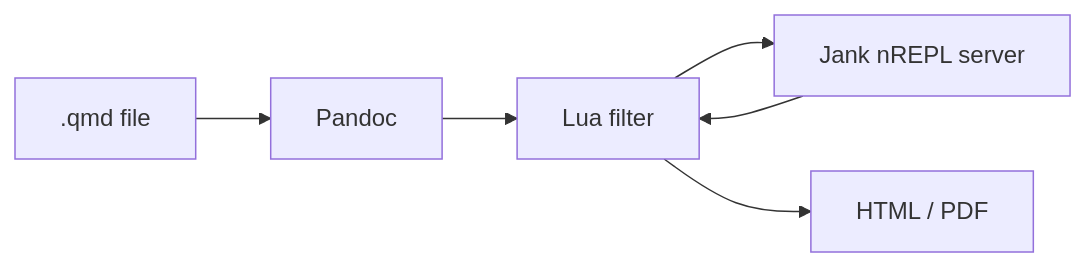
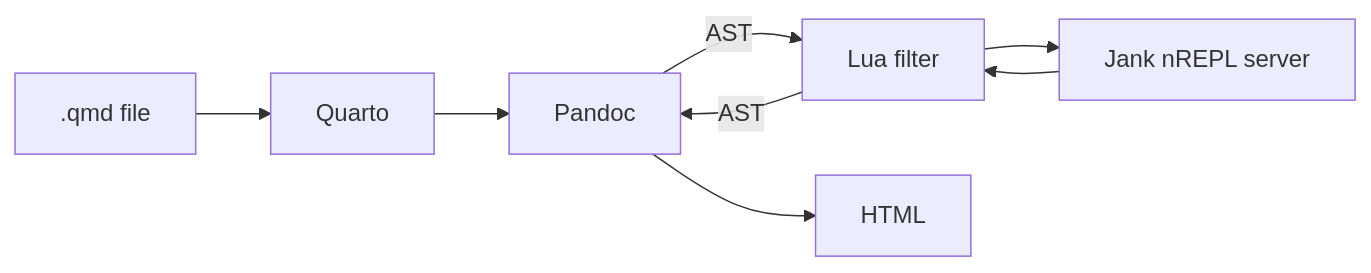
The diagram in docs/how-it-works.qmd (scicloj/janqua), drawn with Mermaid before and after one commit.

Commit message:
docs/how-it-works: tighten architecture diagram
- Add Quarto as the orchestrator that calls Pandoc (readers run
  `quarto render`, not `pandoc`).
- Drop "/ PDF" from the output node — Janqua only contributes to HTML.
- Label the Pandoc ↔ Lua-filter edges as AST so the data crossing
  those edges is explicit.

````diff
--- a/docs/how-it-works.qmd
+++ b/docs/how-it-works.qmd
@@ -9,8 +9,10 @@
 ```{mermaid}
 flowchart LR
-  qmd[.qmd file] --> pandoc[Pandoc]
-  pandoc --> lua[Lua filter]
+  qmd[.qmd file] --> quarto[Quarto]
+  quarto --> pandoc[Pandoc]
+  pandoc -- AST --> lua[Lua filter]
   lua --> nrepl[Jank nREPL server]
   nrepl --> lua
-  lua --> out[HTML / PDF]
+  lua -- AST --> pandoc
+  pandoc --> out[HTML]
 ```
````
